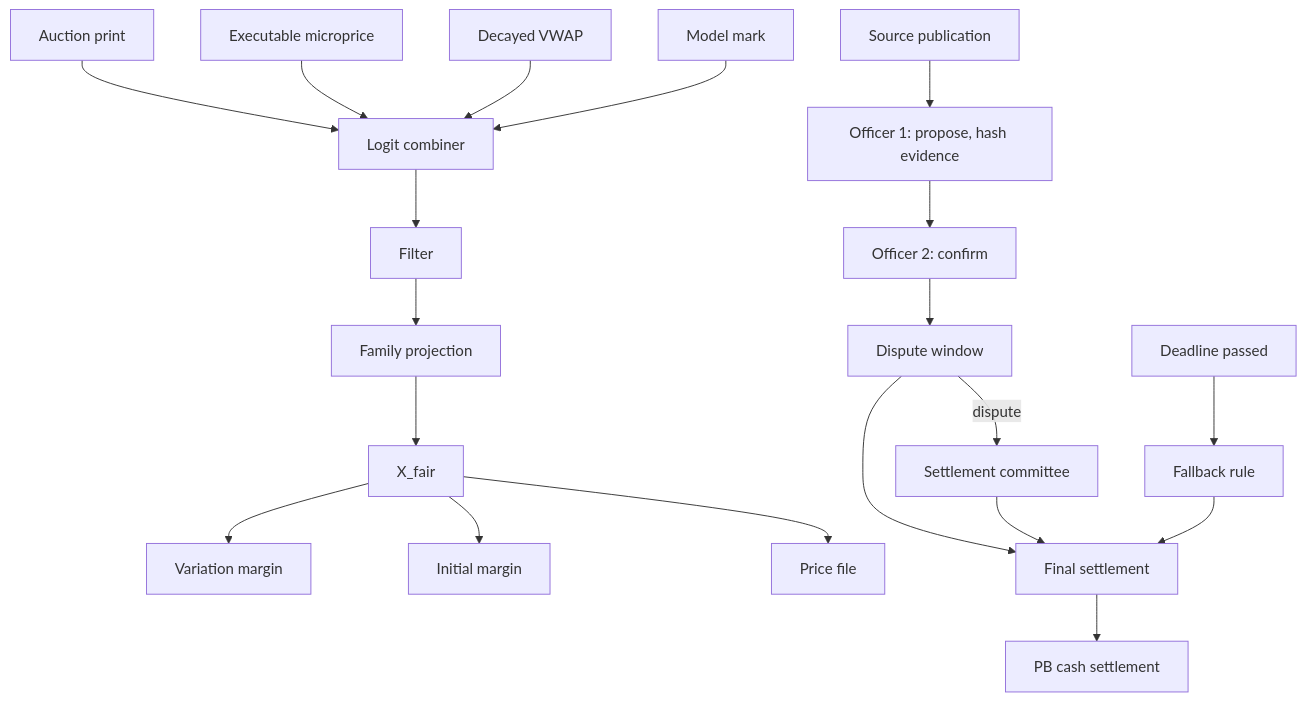
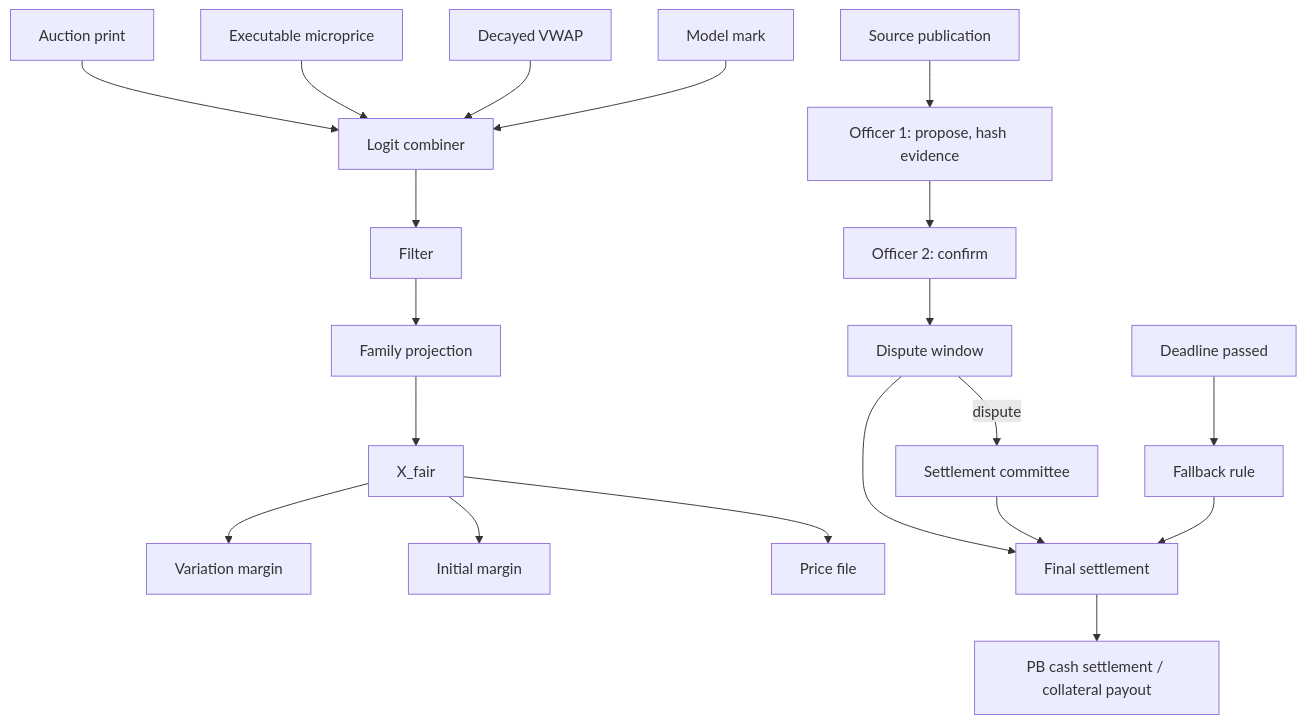
The sixth of 8 diagrams in docs/diagrams.md (LevonDerma1221/swans-docs), drawn with Mermaid before and after one commit. The commit also changed other lines of this file and 14 other files, not shown here.

First line of the commit message:
Integrate risk engine spec v3.0: two-engine architecture, formal margin math, model governance

````diff
--- a/docs/diagrams.md
+++ b/docs/diagrams.md
@@ -113,14 +134,14 @@
 ```mermaid
 flowchart TB
   A[Auction print] --> L[Logit combiner]
   B[Executable microprice] --> L
   T[Decayed VWAP] --> L
   M[Model mark] --> L
   L --> FLT[Filter] --> PRJ[Family projection] --> XF[X_fair]
   XF --> VM[Variation margin]
   XF --> IM[Initial margin]
   XF --> PF[Price file]
-  SRC[Source publication] --> P1[Officer 1: propose, hash evidence] --> P2[Officer 2: confirm] --> DW[Dispute window] --> FIN[Final settlement] --> PB[PB cash settlement]
+  SRC[Source publication] --> P1[Officer 1: propose, hash evidence] --> P2[Officer 2: confirm] --> DW[Dispute window] --> FIN[Final settlement] --> PB[PB cash settlement / collateral payout]
   DW -->|dispute| CMT[Settlement committee] --> FIN
   DL[Deadline passed] --> FB[Fallback rule] --> FIN
 ```
````
